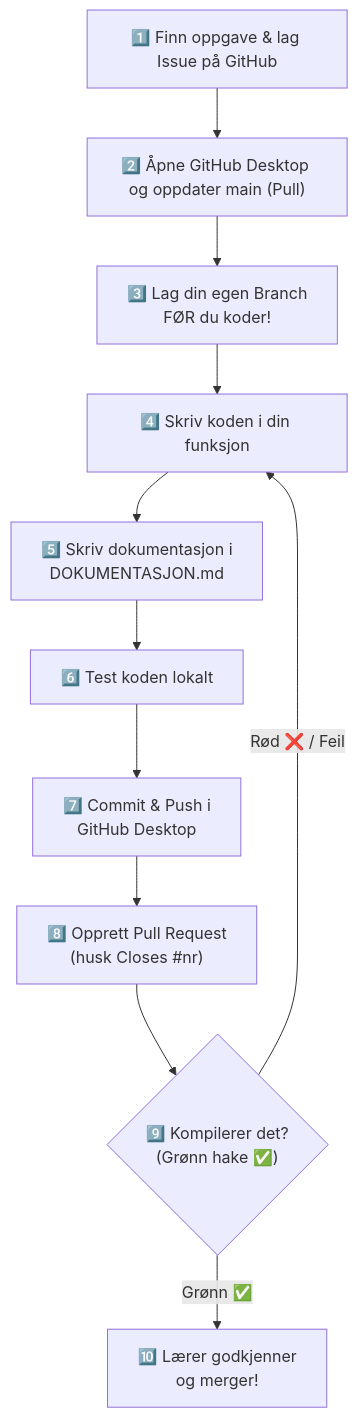
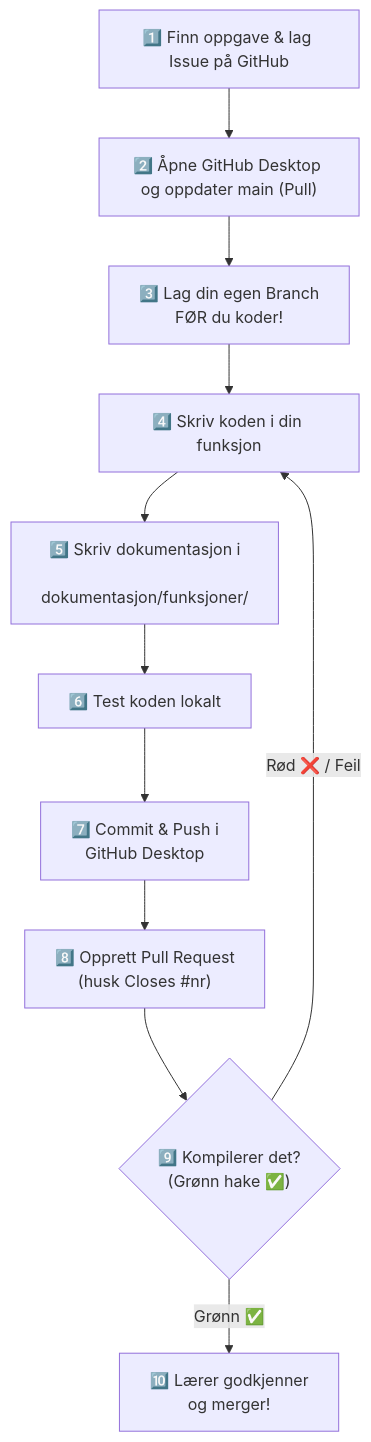
The diagram in LEVERINGSGUIDE.md (1ELER26-27/Klokkeprosjekt2026), drawn with Mermaid before and after one commit. The commit also changed other lines of this file and 36 other files, not shown here.

Commit message:
Oppdatert metodikken for dokumentasjon. Nå er all dokumentasjon i egen

````diff
--- a/LEVERINGSGUIDE.md
+++ b/LEVERINGSGUIDE.md
@@ -12,19 +12,19 @@
 ```mermaid
 flowchart TD
     A["1️⃣ Finn oppgave & lag Issue på GitHub"] --> B["2️⃣ Åpne GitHub Desktop og oppdater main (Pull)"]
     B --> C["3️⃣ Lag din egen Branch
             FØR du koder!"]
     C --> D["4️⃣ Skriv koden i din funksjon"]
     D --> E["5️⃣ Skriv dokumentasjon i
-            DOKUMENTASJON.md"]
+            dokumentasjon/funksjoner/"]
     E --> F["6️⃣ Test koden lokalt"]
     F --> G["7️⃣ Commit & Push i
             GitHub Desktop"]
     G --> H["8️⃣ Opprett Pull Request
             (husk Closes #nr)"]
     H --> I{"9️⃣ Kompilerer det?
             (Grønn hake ✅)"}
     I -- Rød ❌ / Feil --> D
     I -- Grønn ✅ --> J["🔟 Lærer godkjenner
                         og merger!"]
 ```
````
